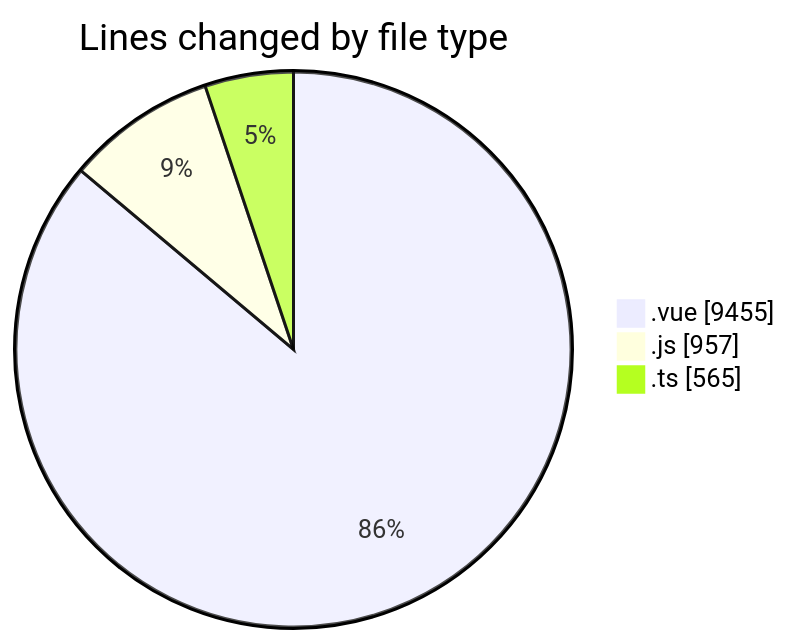
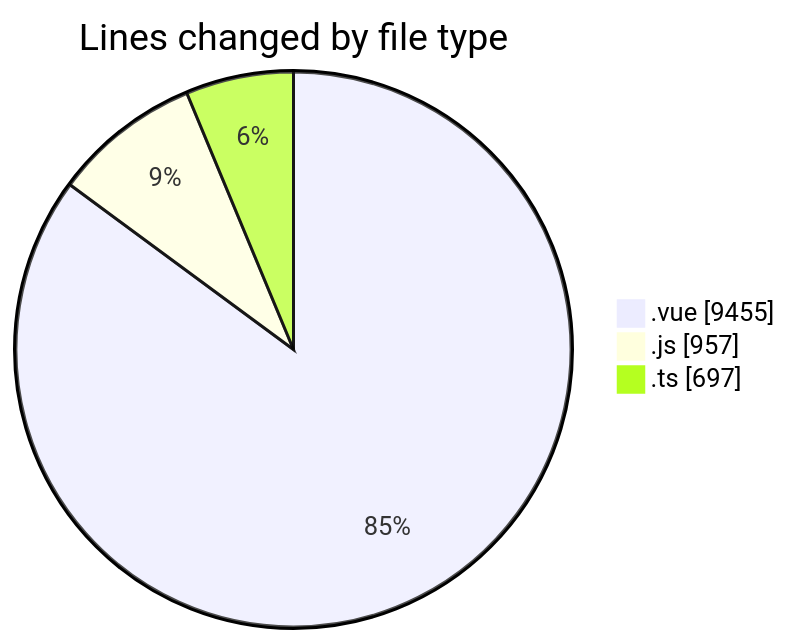
The first of 2 diagrams in 2025-08-13/rentotp/README.md (lephambinh05/code-tracking), drawn with Mermaid before and after one commit. The commit also changed other lines of this file and 1 other file, not shown here.

````diff
--- a/2025-08-13/rentotp/README.md
+++ b/2025-08-13/rentotp/README.md
@@ -40,7 +40,7 @@
 ```mermaid
 pie showData
 title Lines changed by file type
 ".vue" : 9455
 ".js" : 957
-".ts" : 565
+".ts" : 697
 ```
````
